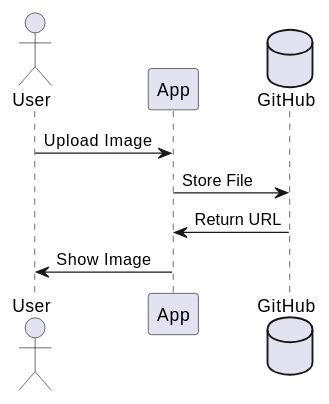
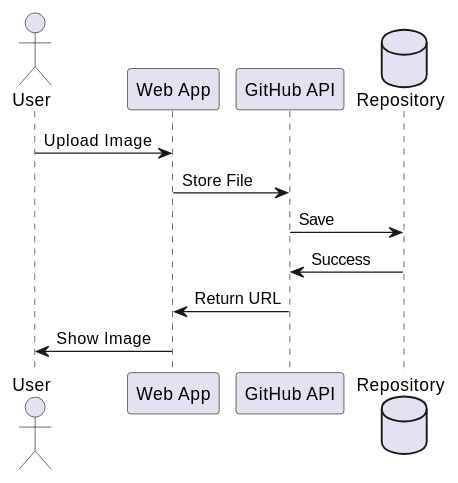
Before and after one commit to CherupallyPremkumar/homebase-documentation: the first of 2 diagrams in src/docs/documentation/image-examples.md, drawn with PlantUML. The commit also changed other lines of this file, not shown here.

````diff
--- a/src/docs/documentation/image-examples.md
+++ b/src/docs/documentation/image-examples.md
@@ -40,12 +41,15 @@
 ```plantuml
 @startuml
 actor User
-participant App
-database GitHub
+participant "Web App" as App
+participant "GitHub API" as GitHub
+database Repository
 
 User -> App: Upload Image
 App -> GitHub: Store File
+GitHub -> Repository: Save
+Repository -> GitHub: Success
 GitHub -> App: Return URL
 App -> User: Show Image
 @enduml
 ```
````
